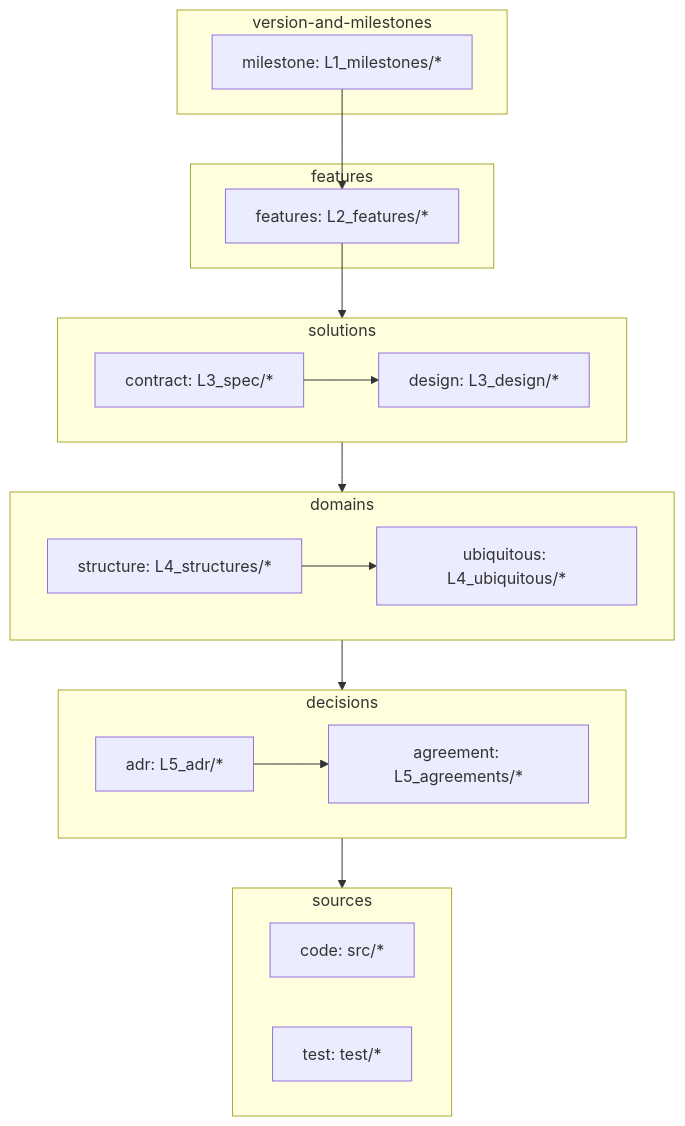
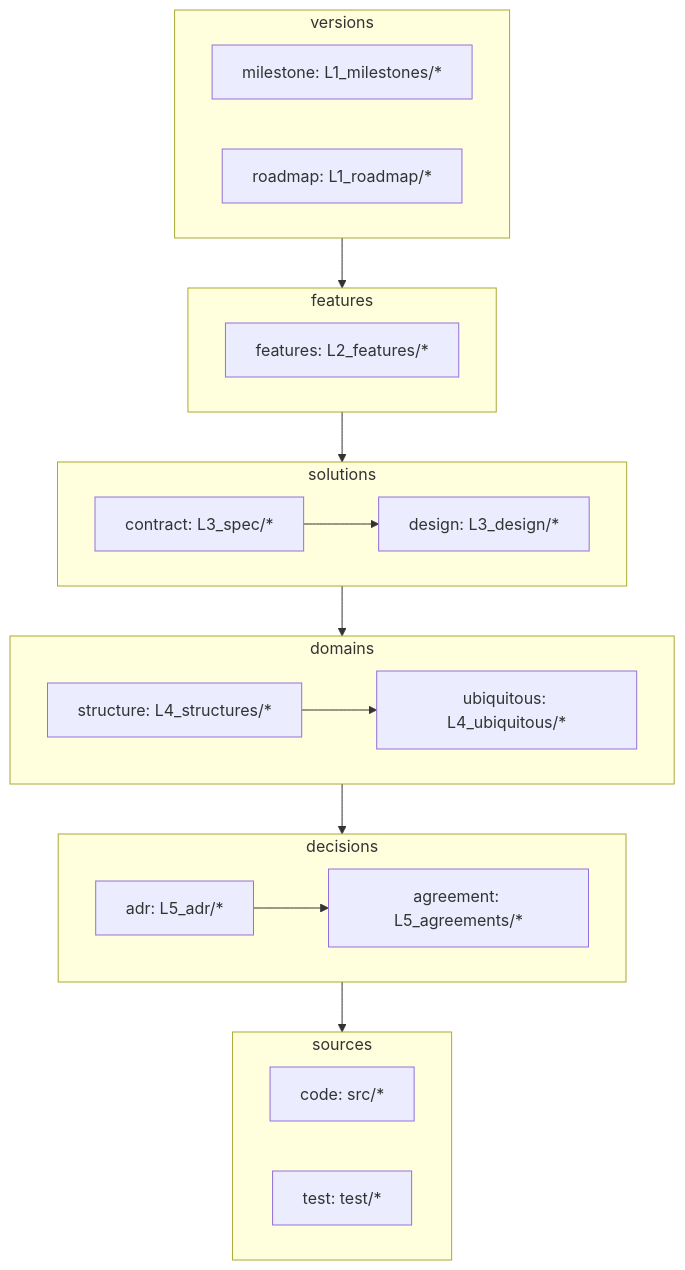
Before and after one commit to gameundwatch/periplus: the diagram in docs/overview.md, drawn with Mermaid. The commit also changed other lines of this file and 2 other files, not shown here.

Commit message:
add: L1_roadmap を分ける
未リリースの v1.0 と未割り当ての論点を将来側へ移す。

````diff
--- a/docs/overview.md
+++ b/docs/overview.md
@@ -11,42 +11,39 @@
 ```mermaid
 flowchart TD
 
-    subgraph L1[version-and-milestones]
+    subgraph L1[versions]
         milestone[milestone: L1_milestones/*]
+        roadmap[roadmap: L1_roadmap/*]
     end
 
     subgraph L2[features]
         feature[features: L2_features/*]
     end
 
     subgraph L3[solutions]
         design[design: L3_design/*]
         contract[contract: L3_spec/*]
     end
 
     subgraph L4[domains]
         ubiquitous[ubiquitous: L4_ubiquitous/*]
         structure[structure: L4_structures/*]
     end
 
     subgraph L5[decisions]
         adr[adr: L5_adr/*]
         agreement[agreement: L5_agreements/*]
     end
 
     subgraph L6[sources]
         code[code: src/*]
         test[test: test/*]
     end
 
-    milestone --> feature
-    feature --> L3
-    L3 --> L4
-    L4 --> L5
-    L5 --> L6
+    L1 --> L2 --> L3 --> L4 --> L5 --> L6
 
     contract --> design
     structure --> ubiquitous
     adr --> agreement
 
 ```
````
